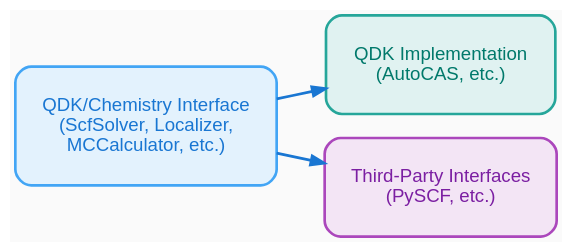
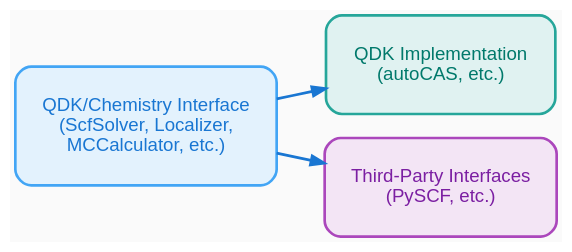
One commit to microsoft/qdk-chemistry changed the diagram in docs/_static/diagrams/plugin_architecture.dot. Above: the diagram before and after it, drawn with Graphviz. The commit also changed 346 other files, not shown here.

```diff
--- a/docs/_static/diagrams/plugin_architecture.dot
+++ b/docs/_static/diagrams/plugin_architecture.dot
@@ -1,13 +1,13 @@
 digraph PluginArchitecture {
     rankdir=LR;
     bgcolor="#FAFAFA";
     node [shape=box, style="rounded,filled", fontname="Arial", margin=0.3];
     edge [color="#1976D2", penwidth=2];
 
     Interface [label="QDK/Chemistry Interface\n(ScfSolver, Localizer,\nMCCalculator, etc.)", fillcolor="#E3F2FD", color="#42A5F5", penwidth=2, fontcolor="#1976D2"];
-    QDK [label="QDK Implementation\n(AutoCAS, etc.)", fillcolor="#E0F2F1", color="#26A69A", penwidth=2, fontcolor="#00796B"];
+    QDK [label="QDK Implementation\n(autoCAS, etc.)", fillcolor="#E0F2F1", color="#26A69A", penwidth=2, fontcolor="#00796B"];
     ThirdParty [label="Third-Party Interfaces\n(PySCF, etc.)", fillcolor="#F3E5F5", color="#AB47BC", penwidth=2, fontcolor="#7B1FA2"];
 
     Interface -> QDK;
     Interface -> ThirdParty;
 }
```
